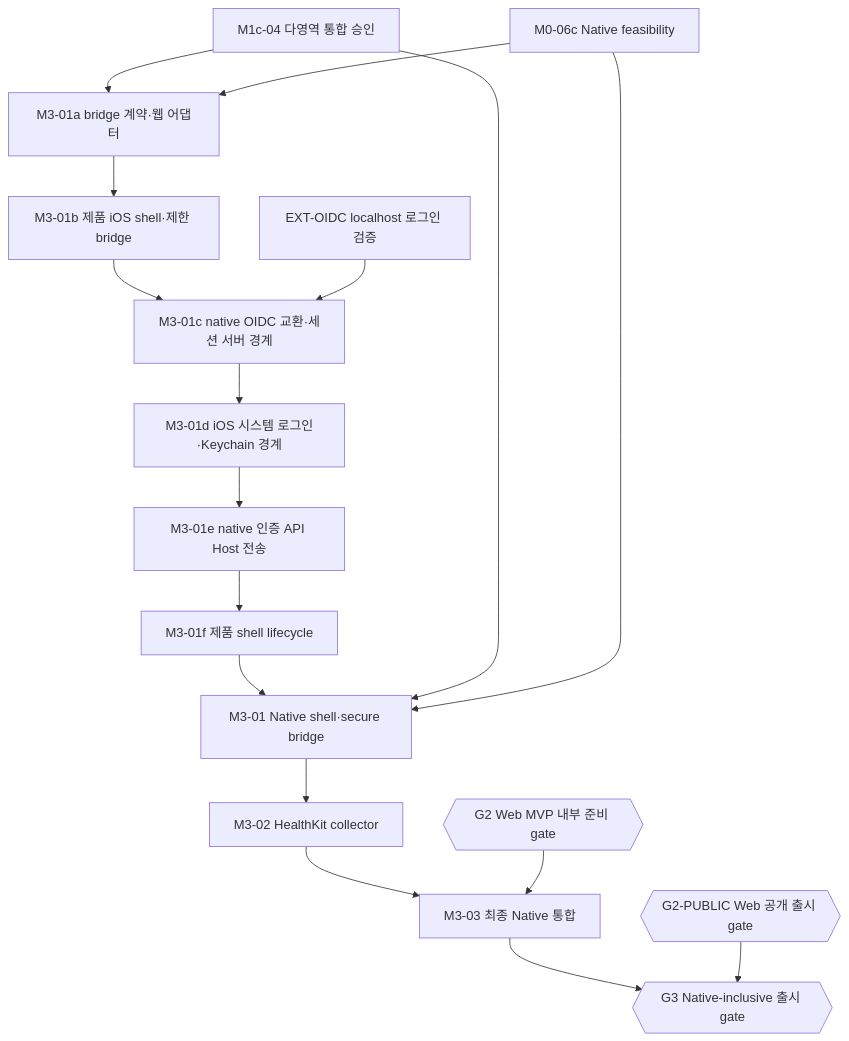
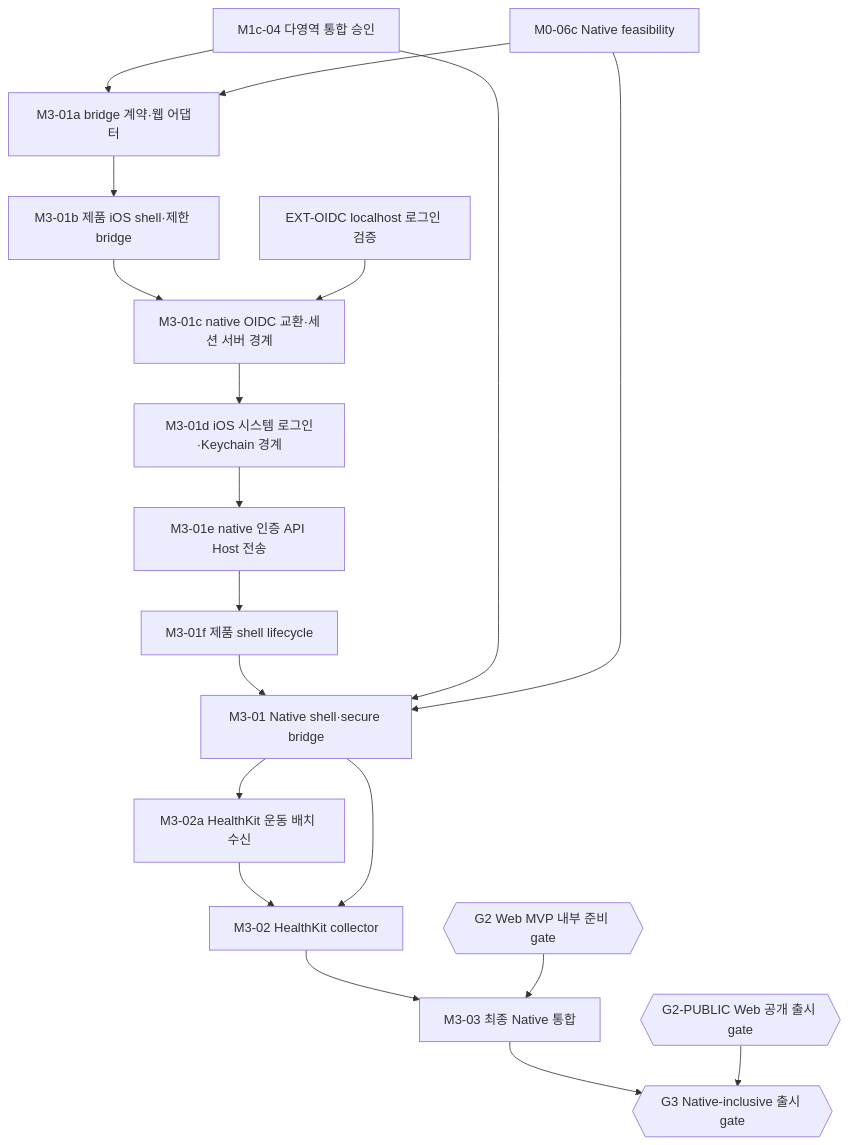
The third of 3 diagrams in docs/implementation/task-graph.md (peacecheejecake/workout-manager), drawn with Mermaid before and after one commit. The commit also changed other lines of this file and 37 other files, not shown here.

````diff
--- a/docs/implementation/task-graph.md
+++ b/docs/implementation/task-graph.md
@@ -524,34 +524,37 @@
 ```mermaid
 flowchart TD
     task8["M0-06c Native feasibility"]
     task25["M1c-04 다영역 통합 승인"]
     task33{{"G2 Web MVP 내부 준비 gate"}}
     publicGate{{"G2-PUBLIC Web 공개 출시 gate"}}
     task34["M3-01 Native shell·secure bridge"]
     task34a["M3-01a bridge 계약·웹 어댑터"]
     task34b["M3-01b 제품 iOS shell·제한 bridge"]
     task34c["M3-01c native OIDC 교환·세션 서버 경계"]
     task34d["M3-01d iOS 시스템 로그인·Keychain 경계"]
     task34e["M3-01e native 인증 API Host 전송"]
     task34f["M3-01f 제품 shell lifecycle"]
     oidc["EXT-OIDC localhost 로그인 검증"]
+    task35a["M3-02a HealthKit 운동 배치 수신"]
     task35["M3-02 HealthKit collector"]
     task36["M3-03 최종 Native 통합"]
     task37{{"G3 Native-inclusive 출시 gate"}}
     task25 --> task34a
     task8 --> task34a
     task34a --> task34b
     task34b --> task34c
     oidc --> task34c
     task34c --> task34d
     task34d --> task34e
     task34e --> task34f
     task34f --> task34
     task25 --> task34
     task8 --> task34
+    task34 --> task35a
+    task35a --> task35
     task34 --> task35
     task35 --> task36
     task33 --> task36
     task36 --> task37
     publicGate --> task37
 ```
````
